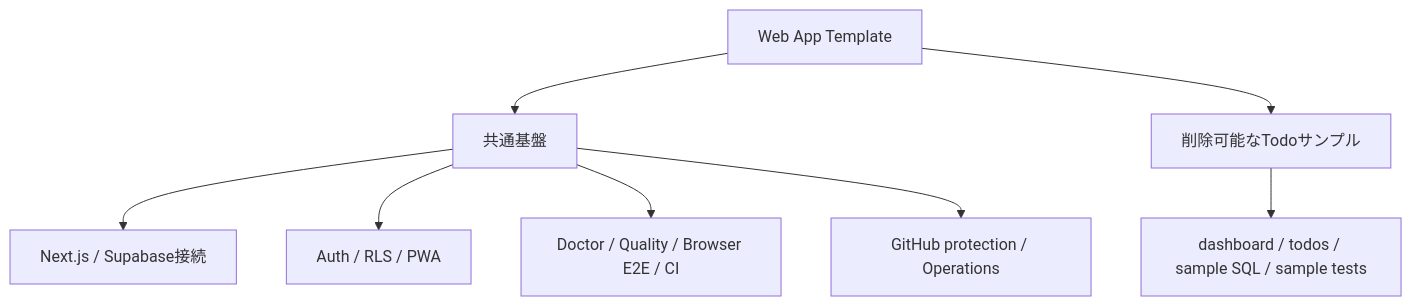
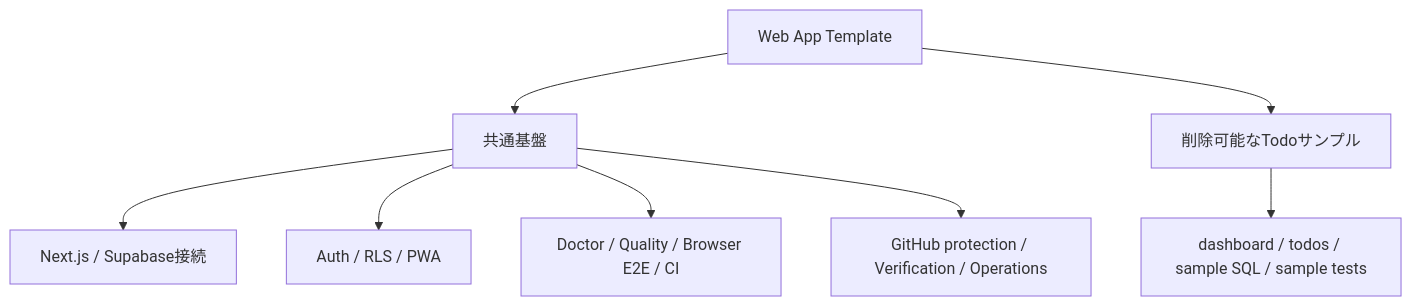
The second of 4 diagrams in README.md (k-systems202208/nextjs-supabase-vercel-webapp-template), drawn with Mermaid before and after one commit. The commit also changed other lines of this file and 6 other files, not shown here.

````diff
--- a/README.md
+++ b/README.md
@@ -60,10 +63,10 @@
 ```mermaid
 flowchart TD
     T["Web App Template"] --> K["共通基盤"]
     T --> S["削除可能なTodoサンプル"]
     K --> K1["Next.js / Supabase接続"]
     K --> K2["Auth / RLS / PWA"]
     K --> K3["Doctor / Quality / Browser E2E / CI"]
-    K --> K4["GitHub protection / Operations"]
+    K --> K4["GitHub protection / Verification / Operations"]
     S --> S1["dashboard / todos / sample SQL / sample tests"]
 ```
````
